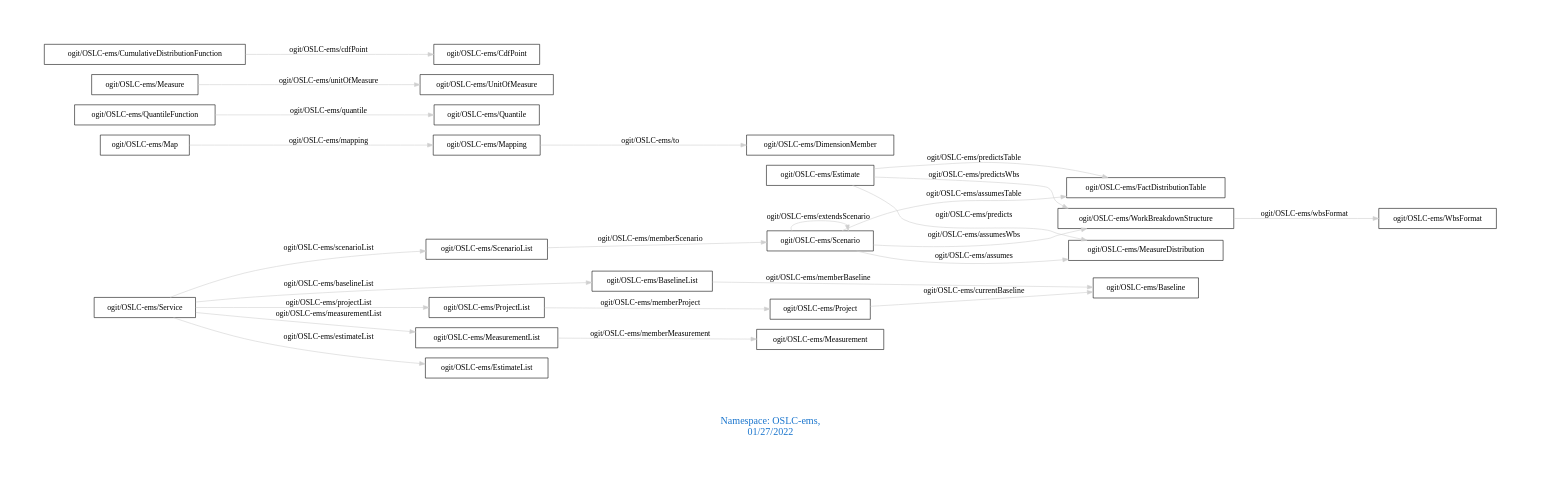
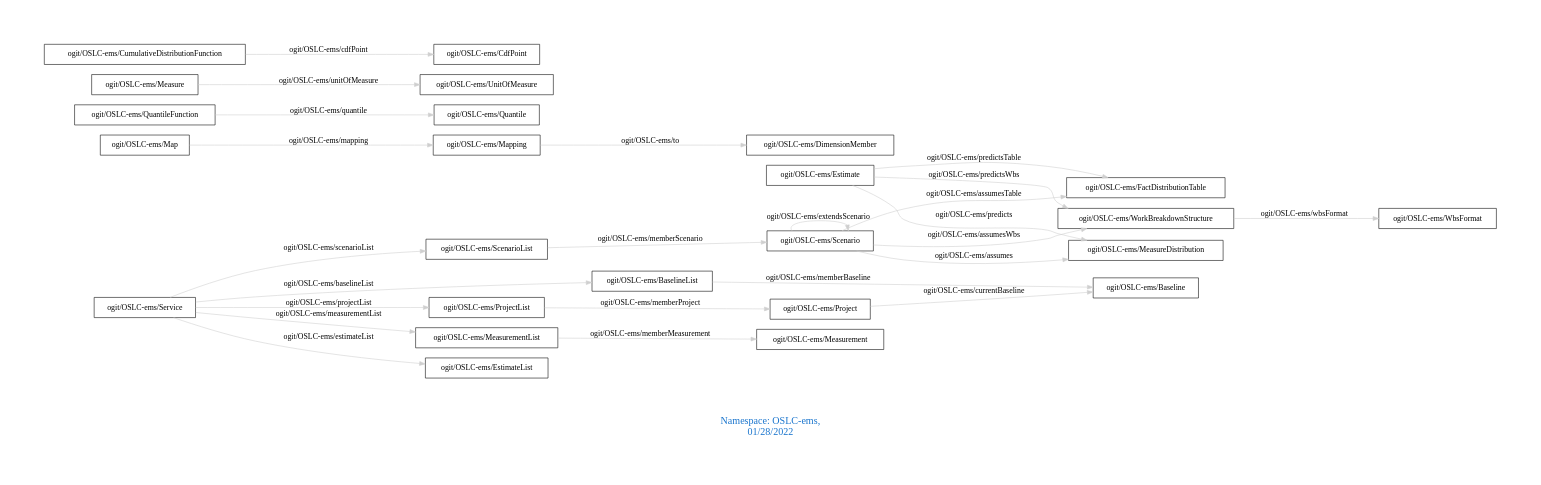
Before and after one commit to arago/OGIT: the diagram in downloads/OSLC-ems.dot, drawn with Graphviz. The commit also changed 1923 other files, not shown here.

```diff
--- a/downloads/OSLC-ems.dot
+++ b/downloads/OSLC-ems.dot
@@ -1,31 +1,31 @@
 digraph OGIT_ontology {
  graph [ rankdir= LR,pad=1 
 fontsize = 18,
-fontcolor= dodgerblue3,label = "\n\n\nNamespace: OSLC-ems, \n 01/27/2022"];
+fontcolor= dodgerblue3,label = "\n\n\nNamespace: OSLC-ems, \n 01/28/2022"];
 node[shape=polygon];
 edge [  color="gray81"];
 
    "ogit/OSLC-ems/Estimate" -> "ogit/OSLC-ems/MeasureDistribution" [label="   ogit/OSLC-ems/predicts    "];
    "ogit/OSLC-ems/Mapping" -> "ogit/OSLC-ems/DimensionMember" [label="   ogit/OSLC-ems/to    "];
    "ogit/OSLC-ems/Service" -> "ogit/OSLC-ems/ProjectList" [label="   ogit/OSLC-ems/projectList    "];
    "ogit/OSLC-ems/QuantileFunction" -> "ogit/OSLC-ems/Quantile" [label="   ogit/OSLC-ems/quantile    "];
    "ogit/OSLC-ems/Service" -> "ogit/OSLC-ems/ScenarioList" [label="   ogit/OSLC-ems/scenarioList    "];
    "ogit/OSLC-ems/Measure" -> "ogit/OSLC-ems/UnitOfMeasure" [label="   ogit/OSLC-ems/unitOfMeasure    "];
    "ogit/OSLC-ems/ScenarioList" -> "ogit/OSLC-ems/Scenario" [label="   ogit/OSLC-ems/memberScenario    "];
    "ogit/OSLC-ems/Estimate" -> "ogit/OSLC-ems/FactDistributionTable" [label="   ogit/OSLC-ems/predictsTable    "];
    "ogit/OSLC-ems/BaselineList" -> "ogit/OSLC-ems/Baseline" [label="   ogit/OSLC-ems/memberBaseline    "];
    "ogit/OSLC-ems/Scenario" -> "ogit/OSLC-ems/WorkBreakdownStructure" [label="   ogit/OSLC-ems/assumesWbs    "];
    "ogit/OSLC-ems/CumulativeDistributionFunction" -> "ogit/OSLC-ems/CdfPoint" [label="   ogit/OSLC-ems/cdfPoint    "];
    "ogit/OSLC-ems/Project" -> "ogit/OSLC-ems/Baseline" [label="   ogit/OSLC-ems/currentBaseline    "];
    "ogit/OSLC-ems/ProjectList" -> "ogit/OSLC-ems/Project" [label="   ogit/OSLC-ems/memberProject    "];
    "ogit/OSLC-ems/Service" -> "ogit/OSLC-ems/BaselineList" [label="   ogit/OSLC-ems/baselineList    "];
    "ogit/OSLC-ems/Estimate" -> "ogit/OSLC-ems/WorkBreakdownStructure" [label="   ogit/OSLC-ems/predictsWbs    "];
    "ogit/OSLC-ems/Map" -> "ogit/OSLC-ems/Mapping" [label="   ogit/OSLC-ems/mapping    "];
    "ogit/OSLC-ems/MeasurementList" -> "ogit/OSLC-ems/Measurement" [label="   ogit/OSLC-ems/memberMeasurement    "];
    "ogit/OSLC-ems/Service" -> "ogit/OSLC-ems/MeasurementList" [label="   ogit/OSLC-ems/measurementList    "];
    "ogit/OSLC-ems/WorkBreakdownStructure" -> "ogit/OSLC-ems/WbsFormat" [label="   ogit/OSLC-ems/wbsFormat    "];
    "ogit/OSLC-ems/Service" -> "ogit/OSLC-ems/EstimateList" [label="   ogit/OSLC-ems/estimateList    "];
    "ogit/OSLC-ems/Scenario" -> "ogit/OSLC-ems/MeasureDistribution" [label="   ogit/OSLC-ems/assumes    "];
    "ogit/OSLC-ems/Scenario" -> "ogit/OSLC-ems/FactDistributionTable" [label="   ogit/OSLC-ems/assumesTable    "];
    "ogit/OSLC-ems/Scenario" -> "ogit/OSLC-ems/Scenario" [label="   ogit/OSLC-ems/extendsScenario    "];
 }
```
